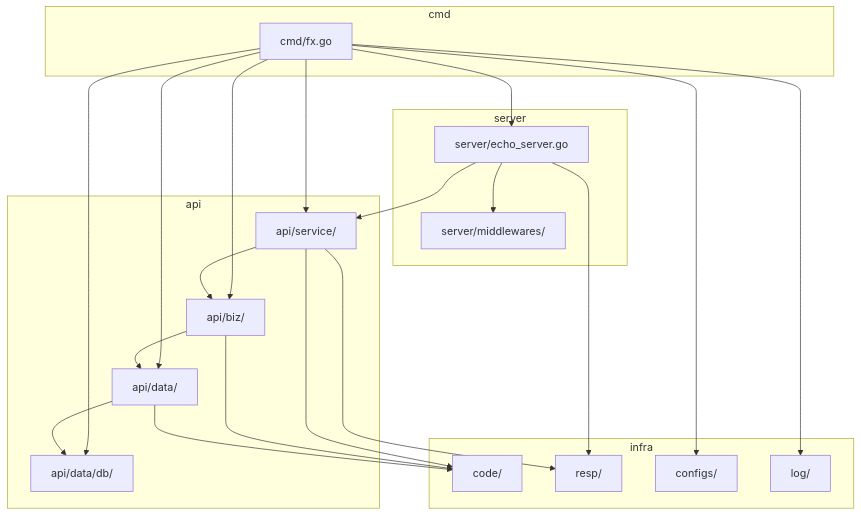
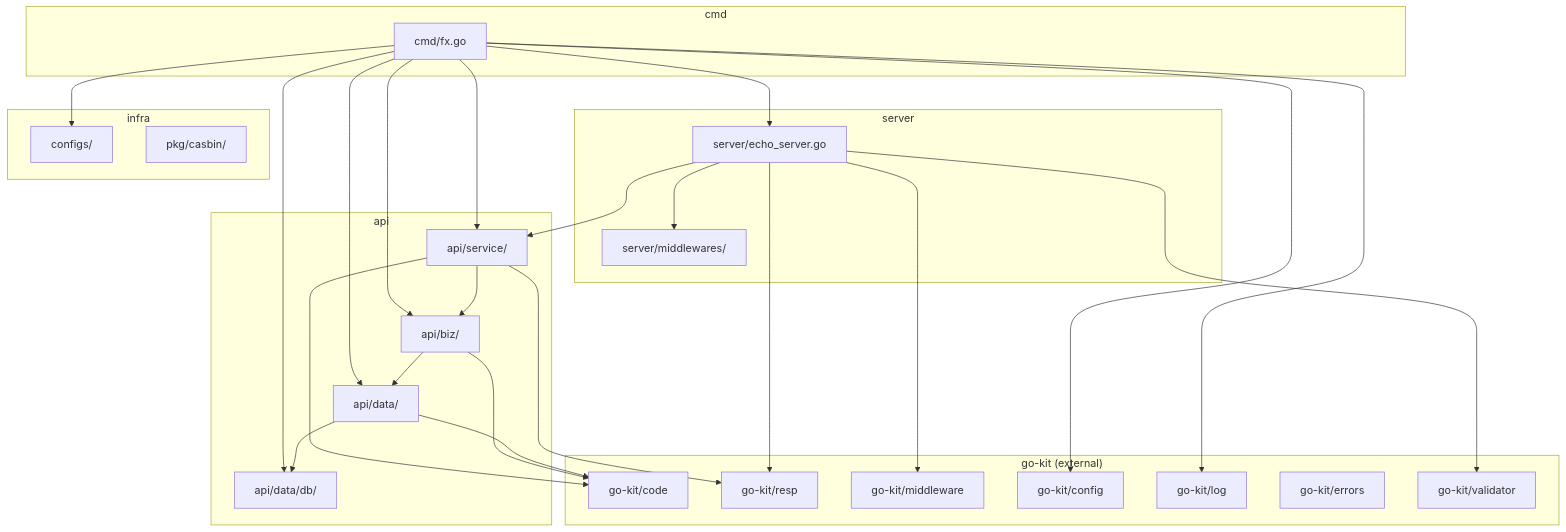
One commit to NSObjects/go-template changed the diagram in AGENTS.md. Above: the diagram before and after it, drawn with Mermaid. The commit also changed other lines of this file and 1 other file, not shown here.

````diff
--- a/AGENTS.md
+++ b/AGENTS.md
@@ -356,47 +375,58 @@
 ```mermaid
 graph TD
     subgraph cmd
         fx[cmd/fx.go]
     end
 
     subgraph server
         echo_server[server/echo_server.go]
         middlewares[server/middlewares/]
     end
 
     subgraph api
         service[api/service/]
         biz[api/biz/]
         data[api/data/]
         db[api/data/db/]
     end
 
+    subgraph "go-kit (external)"
+        kit_code[go-kit/code]
+        kit_resp[go-kit/resp]
+        kit_middleware[go-kit/middleware]
+        kit_config[go-kit/config]
+        kit_log[go-kit/log]
+        kit_errors[go-kit/errors]
+        kit_validator[go-kit/validator]
+    end
+
     subgraph infra
-        code[code/]
-        resp[resp/]
         configs[configs/]
-        log[log/]
+        casbin[pkg/casbin/]
     end
 
     fx --> echo_server
     fx --> service
     fx --> biz
     fx --> data
     fx --> db
     fx --> configs
-    fx --> log
+    fx --> kit_config
+    fx --> kit_log
 
     echo_server --> service
     echo_server --> middlewares
-    echo_server --> resp
+    echo_server --> kit_middleware
+    echo_server --> kit_resp
+    echo_server --> kit_validator
 
     service --> biz
-    service --> resp
-    service --> code
+    service --> kit_resp
+    service --> kit_code
 
     biz --> data
-    biz --> code
+    biz --> kit_code
 
     data --> db
-    data --> code
+    data --> kit_code
 ```
````
